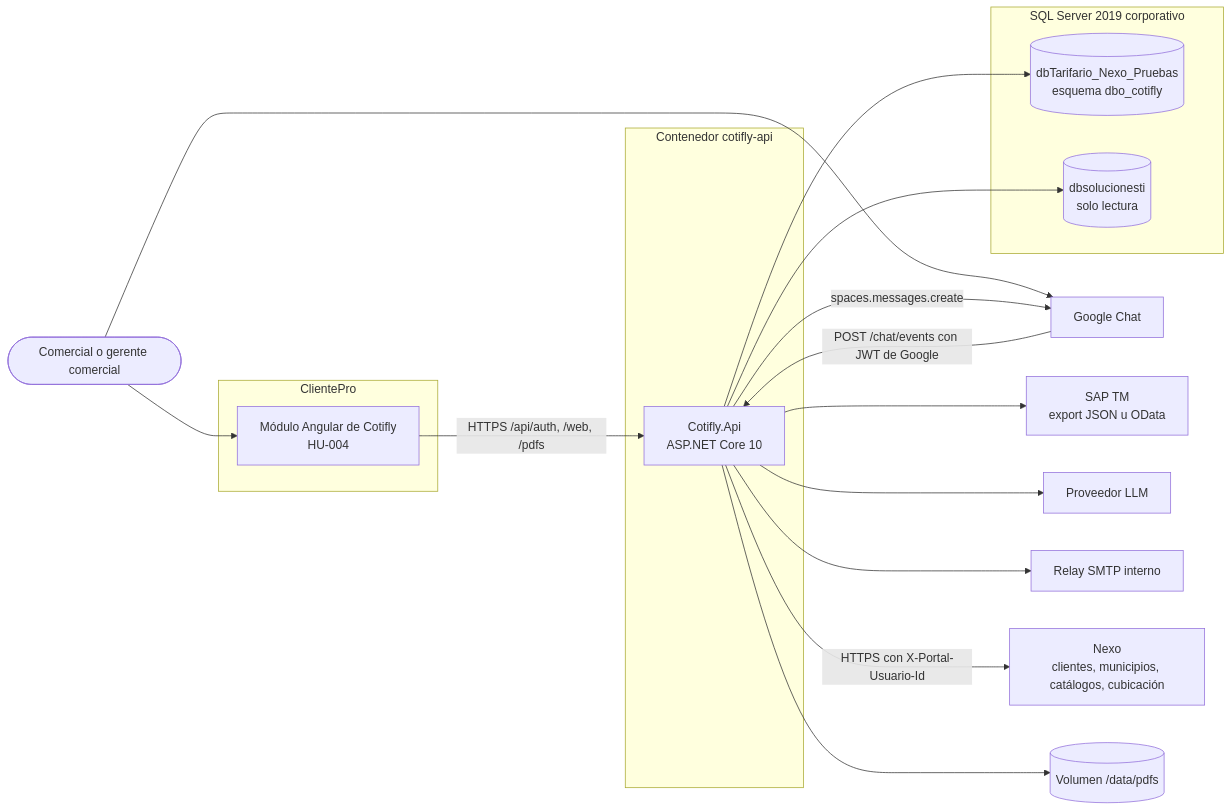
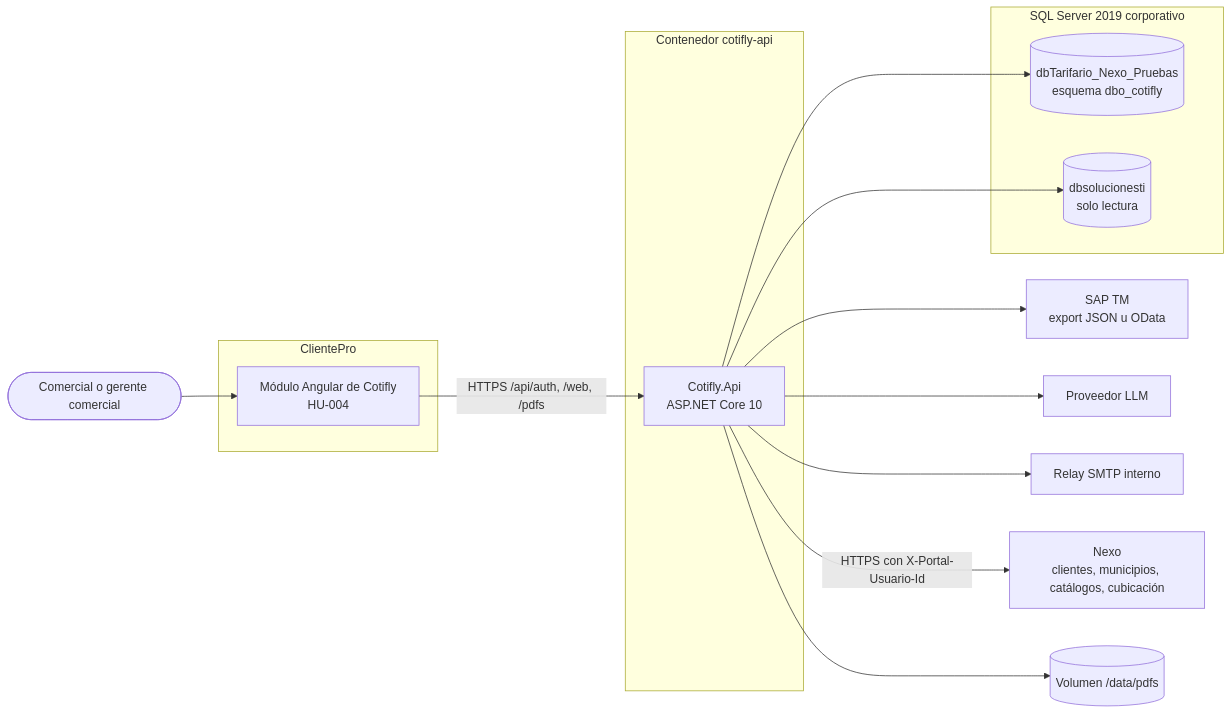
Before and after one commit to InnovacionIA-proyectos/Cotifly: the first of 6 diagrams in backend-dotnet/docs/02-arquitectura.md, drawn with Mermaid. The commit also changed other lines of this file and 31 other files, not shown here.

First line of the commit message:
docs(agente): ADR-011 reemplazado, ADR-018 §15 con el retiro completado y docs sin Google Chat (HU-013.9, #105)

````diff
--- a/backend-dotnet/docs/02-arquitectura.md
+++ b/backend-dotnet/docs/02-arquitectura.md
@@ -24,33 +24,29 @@
 ```mermaid
 flowchart LR
     comercial([Comercial o gerente comercial])
     subgraph clientepro[ClientePro]
         front[Módulo Angular de Cotifly<br/>HU-004]
     end
-    gchat[Google Chat]
     subgraph contenedor[Contenedor cotifly-api]
         api[Cotifly.Api<br/>ASP.NET Core 10]
     end
     subgraph sql[SQL Server 2019 corporativo]
         dbc[(dbTarifario_Nexo_Pruebas<br/>esquema dbo_cotifly)]
         dbi[(dbsolucionesti<br/>solo lectura)]
     end
     sap[SAP TM<br/>export JSON u OData]
     llm[Proveedor LLM]
     smtp[Relay SMTP interno]
     nexo[Nexo<br/>clientes, municipios, catálogos, cubicación]
     pdfs[(Volumen /data/pdfs)]
 
     comercial --> front
-    comercial --> gchat
     front -- "HTTPS /api/auth, /web, /pdfs" --> api
-    gchat -- "POST /chat/events con JWT de Google" --> api
-    api -- "spaces.messages.create" --> gchat
     api --> dbc
     api --> dbi
     api --> sap
     api --> llm
     api --> smtp
     api -- "HTTPS con X-Portal-Usuario-Id" --> nexo
     api --> pdfs
 ```
````
